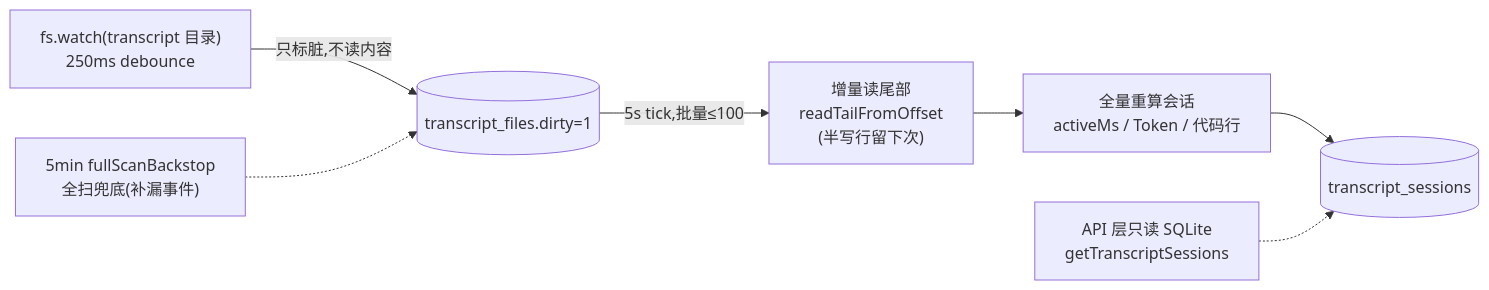
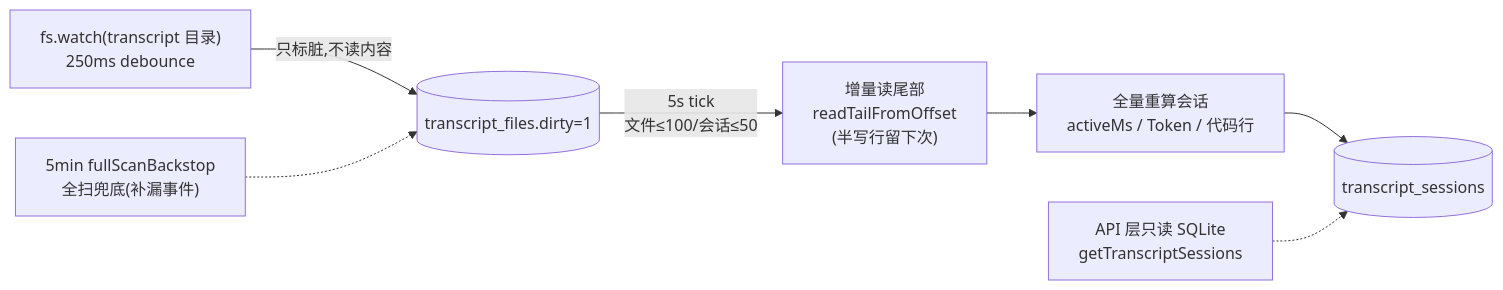
One commit to china-shine/shine-code-submit changed the diagram in docs/05-daemon.md. Above: the diagram before and after it, drawn with Mermaid. The commit also changed 1 other file, not shown here.

Commit message:
docs: 修 Mermaid 全景图前向引用(节点脱框)+ 精度补齐
- 02 全景图:跨子图边(D→TS/SJ→TS)移到 subgraph 声明之后——Mermaid 按
  首次出现定位节点,先引用会把 TS 画到 tokenserver 框外;删除语义混乱的
  装饰回边,改为图下原则注;节点全部在 subgraph 内先声明
- 05:5s tick 补双上限(文件≤100/会话≤50,对齐 MAX_FILES_PER_TICK)
- 程序化终检 11 块:无前向引用/无脱框/括号引号平衡全过

````diff
--- a/docs/05-daemon.md
+++ b/docs/05-daemon.md
@@ -17,9 +17,9 @@
 ```mermaid
 flowchart LR
     A["fs.watch(transcript 目录)<br/>250ms debounce"] -->|"只标脏,不读内容"| B[("transcript_files.dirty=1")]
-    B -->|"5s tick,批量≤100"| C["增量读尾部<br/>readTailFromOffset<br/>(半写行留下次)"]
+    B -->|"5s tick<br/>文件≤100/会话≤50"| C["增量读尾部<br/>readTailFromOffset<br/>(半写行留下次)"]
     C --> D["全量重算会话<br/>activeMs / Token / 代码行"]
     D --> F[("transcript_sessions")]
     G["5min fullScanBackstop<br/>全扫兜底(补漏事件)"] -.-> B
     H["API 层只读 SQLite<br/>getTranscriptSessions"] -.-> F
 ```
````
